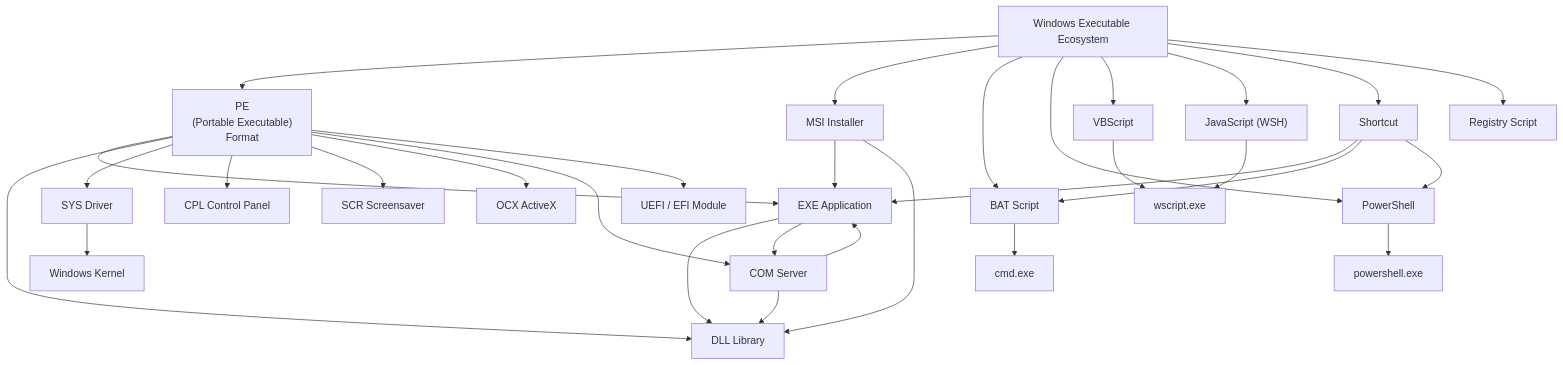
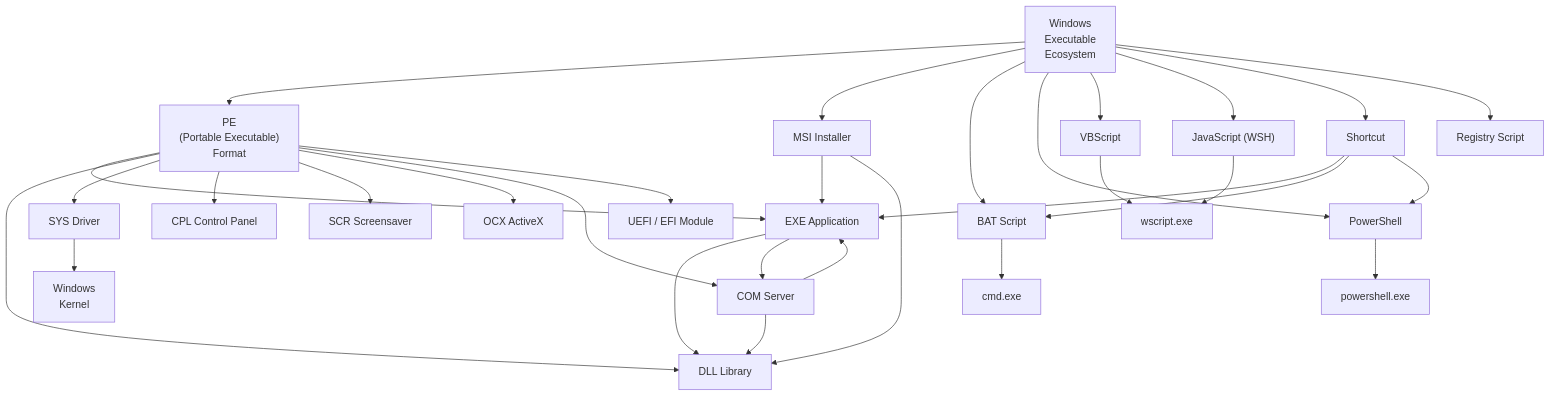
Before and after one commit to cybersecurity-dev/awesome-pe-feature-extractor: the diagram in README.md, drawn with Mermaid. The commit also changed other lines of this file, not shown here.

````diff
--- a/README.md
+++ b/README.md
@@ -24,44 +24,44 @@
 ```mermaid
 flowchart TD
 
-    WIN["Windows Executable Ecosystem"]
+    WIN["Windows<br/>Executable<br/>Ecosystem"]
 
     WIN --> PE["PE<br/>(Portable Executable)<br/>Format"]
 
     PE --> EXE["EXE Application"]
     PE --> DLL["DLL Library"]
     PE --> SYS["SYS Driver"]
     PE --> CPL["CPL Control Panel"]
     PE --> SCR["SCR Screensaver"]
     PE --> OCX["OCX ActiveX"]
     PE --> COM["COM Server"]
     PE --> EFI["UEFI / EFI Module"]
 
     WIN --> MSI["MSI Installer"]
     WIN --> BAT["BAT Script"]
     WIN --> PS1["PowerShell"]
     WIN --> VBS["VBScript"]
     WIN --> JS["JavaScript (WSH)"]
     WIN --> LNK["Shortcut"]
     WIN --> REG["Registry Script"]
 
     MSI --> EXE
     MSI --> DLL
 
     EXE --> DLL
     EXE --> COM
 
     COM --> DLL
     COM --> EXE
 
-    SYS --> KERNEL["Windows Kernel"]
+    SYS --> KERNEL["Windows<br/>Kernel"]
 
     LNK --> EXE
     LNK --> BAT
     LNK --> PS1
 
     BAT --> CMD["cmd.exe"]
     PS1 --> POWERSHELL["powershell.exe"]
     VBS --> WSCRIPT["wscript.exe"]
     JS --> WSCRIPT
 ```
````
